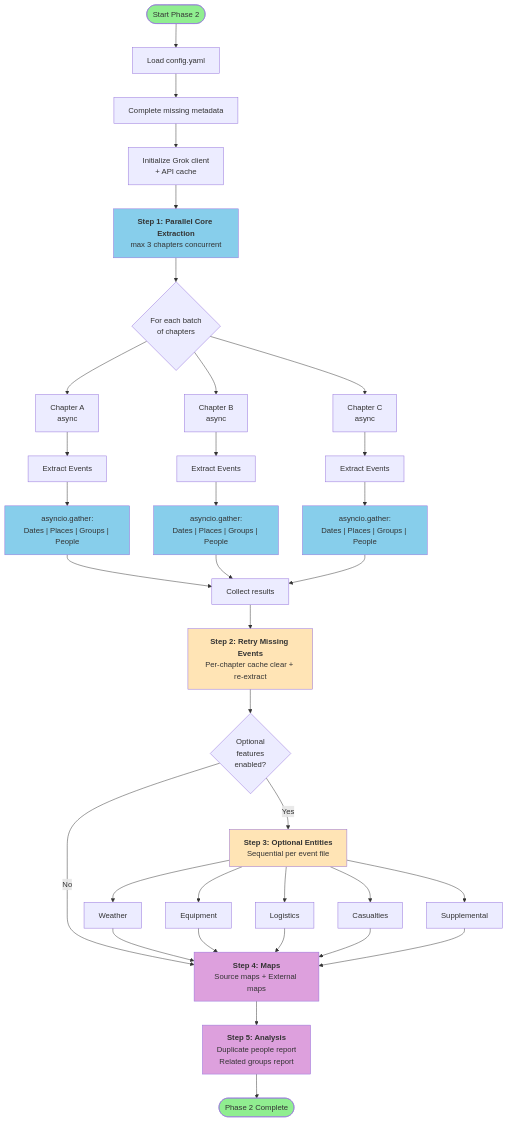
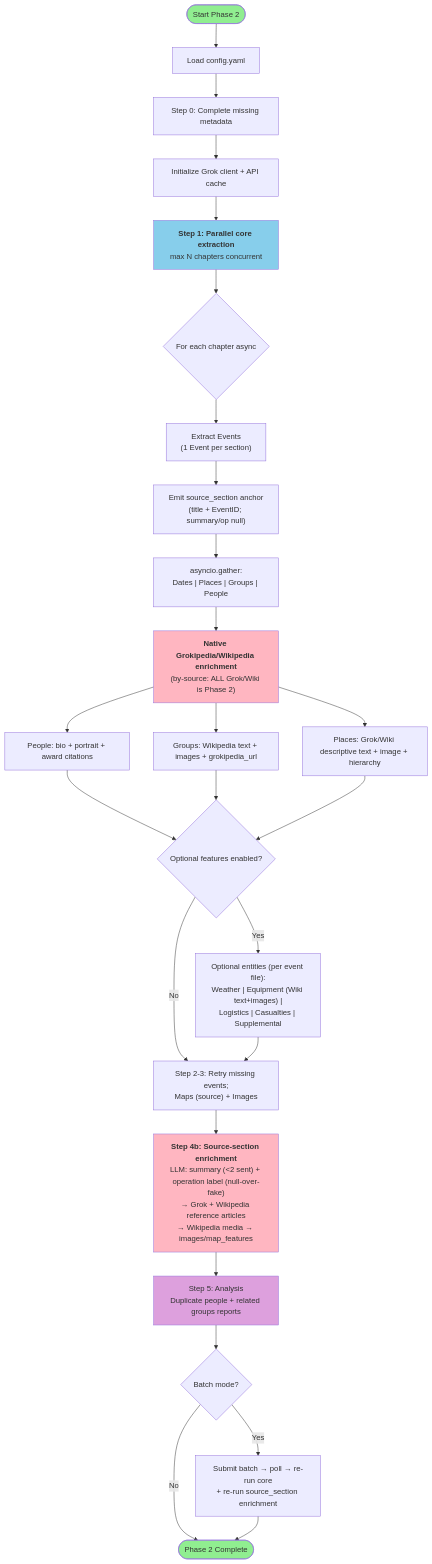
One commit to elasticfusion/SecondWorldWarAsData changed the second of 12 diagrams in docs/current/core/WORKFLOW_DIAGRAMS.md. Above: the diagram before and after it, drawn with Mermaid. The commit also changed other lines of this file and 6 other files, not shown here.

First line of the commit message:
docs: refresh Phase 2 & Phase 3 to the by-source split + current OpenSERP + flowcharts

````diff
--- a/docs/current/core/WORKFLOW_DIAGRAMS.md
+++ b/docs/current/core/WORKFLOW_DIAGRAMS.md
@@ -50,58 +50,41 @@
 ```mermaid
 flowchart TD
     Start([Start Phase 2]) --> LoadConfig[Load config.yaml]
-    LoadConfig --> CompleteMeta[Complete missing metadata]
-    CompleteMeta --> InitGrok[Initialize Grok client<br/>+ API cache]
+    LoadConfig --> CompleteMeta["Step 0: Complete missing metadata"]
+    CompleteMeta --> InitGrok[Initialize Grok client + API cache]
+    InitGrok --> Step1["<b>Step 1: Parallel core extraction</b><br/>max N chapters concurrent"]
 
-    InitGrok --> Step1["<b>Step 1: Parallel Core Extraction</b><br/>max 3 chapters concurrent"]
+    Step1 --> Batch{For each chapter async}
+    Batch --> Events["Extract Events<br/>(1 Event per section)"]
+    Events --> Emit["Emit source_section anchor<br/>(title + EventID; summary/op null)"]
+    Emit --> Gather["asyncio.gather:<br/>Dates | Places | Groups | People"]
 
-    Step1 --> Batch{For each batch<br/>of chapters}
-    Batch --> Ch1[Chapter A<br/>async]
-    Batch --> Ch2[Chapter B<br/>async]
-    Batch --> Ch3[Chapter C<br/>async]
+    Gather --> NativeEnrich["<b>Native Grokipedia/Wikipedia enrichment</b><br/>(by-source: ALL Grok/Wiki is Phase 2)"]
+    NativeEnrich --> P["People: bio + portrait + award citations"]
+    NativeEnrich --> G["Groups: Wikipedia text + images + grokipedia_url"]
+    NativeEnrich --> PL["Places: Grok/Wiki descriptive text + image + hierarchy"]
+    P --> OptGate
+    G --> OptGate
+    PL --> OptGate
 
-    Ch1 --> Events1[Extract Events]
-    Ch2 --> Events2[Extract Events]
-    Ch3 --> Events3[Extract Events]
+    OptGate{"Optional features enabled?"}
+    OptGate -->|Yes| Opt["Optional entities (per event file):<br/>Weather | Equipment (Wiki text+images) |<br/>Logistics | Casualties | Supplemental"]
+    OptGate -->|No| Step2
+    Opt --> Step2
 
-    Events1 --> Gather1["asyncio.gather:<br/>Dates | Places | Groups | People"]
-    Events2 --> Gather2["asyncio.gather:<br/>Dates | Places | Groups | People"]
-    Events3 --> Gather3["asyncio.gather:<br/>Dates | Places | Groups | People"]
+    Step2["Step 2-3: Retry missing events;<br/>Maps (source) + Images"] --> Step4b
 
-    Gather1 --> Results[Collect results]
-    Gather2 --> Results
-    Gather3 --> Results
+    Step4b["<b>Step 4b: Source-section enrichment</b><br/>LLM: summary (&lt;2 sent) + operation label (null-over-fake)<br/>→ Grok + Wikipedia reference articles<br/>→ Wikipedia media → images/map_features"] --> Step5
 
-    Results --> Step2["<b>Step 2: Retry Missing Events</b><br/>Per-chapter cache clear + re-extract"]
-
-    Step2 --> Step3{"Optional<br/>features<br/>enabled?"}
-    Step3 -->|Yes| OptLoop["<b>Step 3: Optional Entities</b><br/>Sequential per event file"]
-    Step3 -->|No| Step4
-
-    OptLoop --> Weather[Weather]
-    OptLoop --> Equipment[Equipment]
-    OptLoop --> Logistics[Logistics]
-    OptLoop --> Casualties[Casualties]
-    OptLoop --> Supplemental[Supplemental]
-
-    Weather --> Step4
-    Equipment --> Step4
-    Logistics --> Step4
-    Casualties --> Step4
-    Supplemental --> Step4
-
-    Step4["<b>Step 4: Maps</b><br/>Source maps + External maps"] --> Step5
-
-    Step5["<b>Step 5: Analysis</b><br/>Duplicate people report<br/>Related groups report"] --> End([Phase 2 Complete])
+    Step5["Step 5: Analysis<br/>Duplicate people + related groups reports"] --> BatchQ{Batch mode?}
+    BatchQ -->|Yes| BatchReRun["Submit batch → poll → re-run core<br/>+ re-run source_section enrichment"]
+    BatchQ -->|No| End
+    BatchReRun --> End([Phase 2 Complete])
 
     style Start fill:#90EE90
     style End fill:#90EE90
     style Step1 fill:#87CEEB
-    style Step2 fill:#FFE4B5
-    style OptLoop fill:#FFE4B5
-    style Step4 fill:#DDA0DD
+    style NativeEnrich fill:#FFB6C1
+    style Step4b fill:#FFB6C1
     style Step5 fill:#DDA0DD
-    style Gather1 fill:#87CEEB
-    style Gather2 fill:#87CEEB
-    style Gather3 fill:#87CEEB
 ```
````
